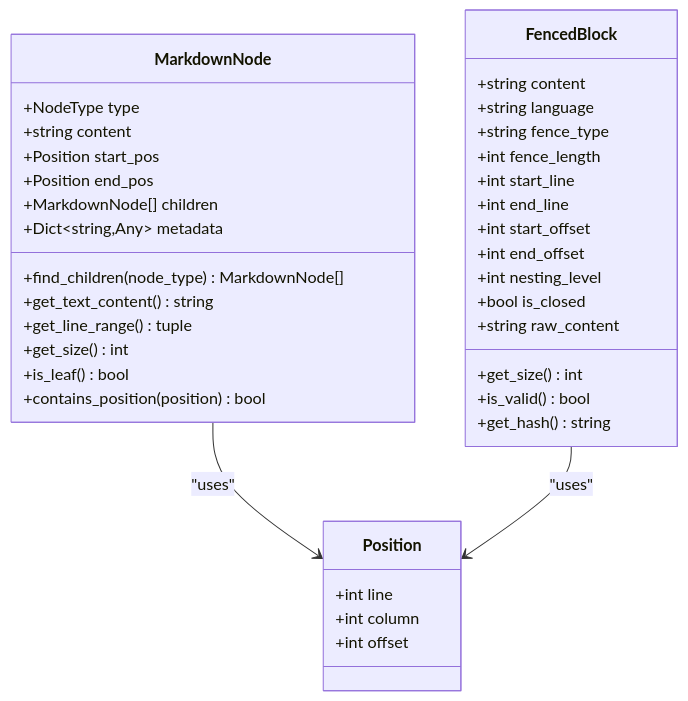
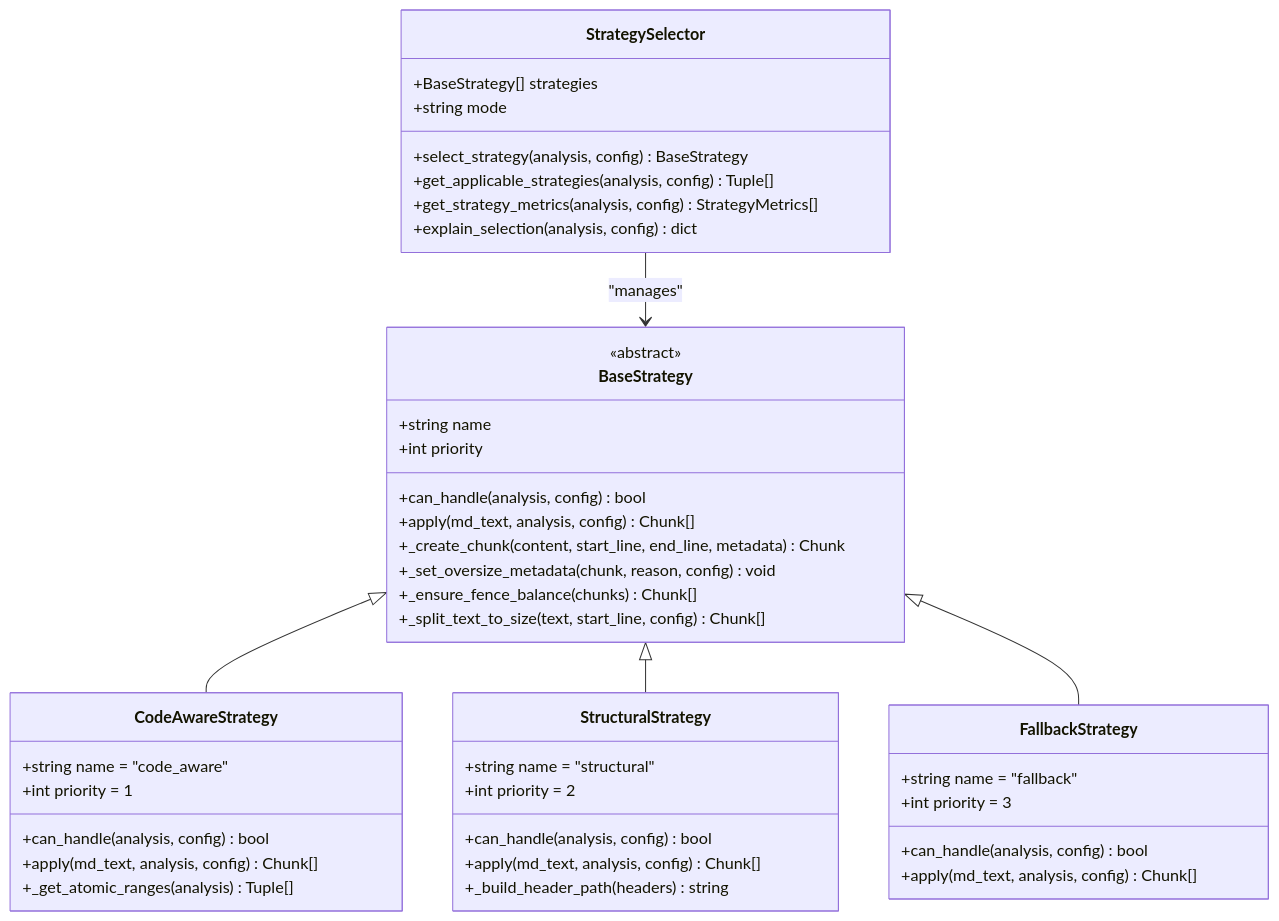
One commit to asukhodko/dify-markdown-chunker changed the third of 6 diagrams in .qoder/repowiki/en/content/Core Concepts/Core Concepts.md. Above: the diagram before and after it, drawn with Mermaid. The commit also changed other lines of this file and 205 other files, not shown here.

````diff
--- a/.qoder/repowiki/en/content/Core Concepts/Core Concepts.md
+++ b/.qoder/repowiki/en/content/Core Concepts/Core Concepts.md
@@ -91,40 +220,46 @@
 ```mermaid
 classDiagram
-class MarkdownNode {
-+NodeType type
-+string content
-+Position start_pos
-+Position end_pos
-+MarkdownNode[] children
-+Dict~string,Any~ metadata
-+find_children(node_type) MarkdownNode[]
-+get_text_content() string
-+get_line_range() tuple
-+get_size() int
-+is_leaf() bool
-+contains_position(position) bool
+class BaseStrategy {
+<<abstract>>
++string name
++int priority
++can_handle(analysis, config) bool
++apply(md_text, analysis, config) Chunk[]
++_create_chunk(content, start_line, end_line, metadata) Chunk
++_set_oversize_metadata(chunk, reason, config) void
++_ensure_fence_balance(chunks) Chunk[]
++_split_text_to_size(text, start_line, config) Chunk[]
 }
-class Position {
-+int line
-+int column
-+int offset
+class CodeAwareStrategy {
++string name = "code_aware"
++int priority = 1
++can_handle(analysis, config) bool
++apply(md_text, analysis, config) Chunk[]
++_get_atomic_ranges(analysis) Tuple[]
 }
-class FencedBlock {
-+string content
-+string language
-+string fence_type
-+int fence_length
-+int start_line
-+int end_line
-+int start_offset
-+int end_offset
-+int nesting_level
-+bool is_closed
-+string raw_content
-+get_size() int
-+is_valid() bool
-+get_hash() string
+class StructuralStrategy {
++string name = "structural"
++int priority = 2
++can_handle(analysis, config) bool
++apply(md_text, analysis, config) Chunk[]
++_build_header_path(headers) string
 }
-MarkdownNode --> Position : "uses"
-FencedBlock --> Position : "uses"
+class FallbackStrategy {
++string name = "fallback"
++int priority = 3
++can_handle(analysis, config) bool
++apply(md_text, analysis, config) Chunk[]
+}
+class StrategySelector {
++BaseStrategy[] strategies
++string mode
++select_strategy(analysis, config) BaseStrategy
++get_applicable_strategies(analysis, config) Tuple[]
++get_strategy_metrics(analysis, config) StrategyMetrics[]
++explain_selection(analysis, config) dict
+}
+BaseStrategy <|-- CodeAwareStrategy
+BaseStrategy <|-- StructuralStrategy
+BaseStrategy <|-- FallbackStrategy
+StrategySelector --> BaseStrategy : "manages"
 ```
````
